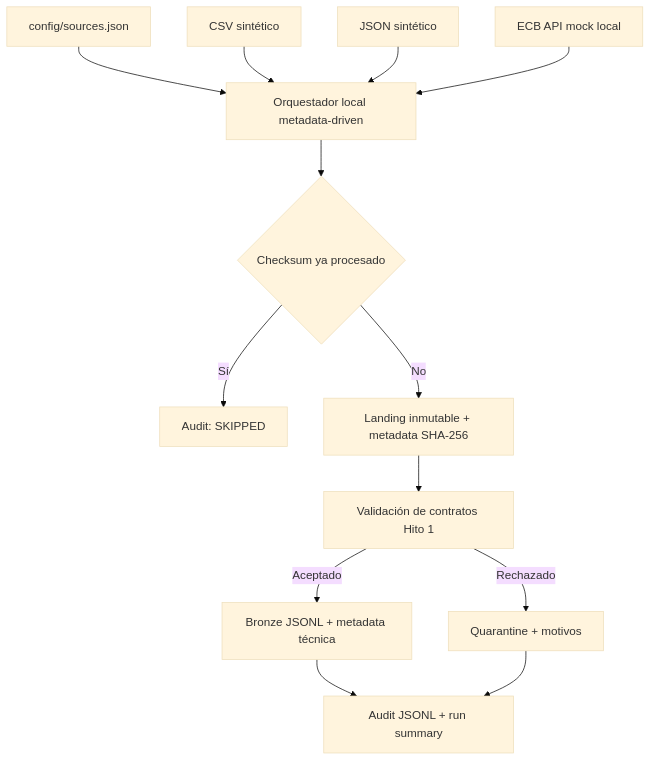
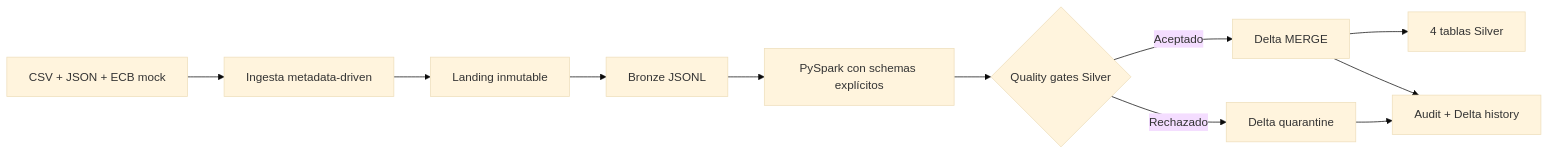
The first of 3 diagrams in 23-azure-adf-databricks-bank-fx/docs/architecture.md (franciscosalaspla/data-engineering-portfolio), drawn with Mermaid (base theme) before and after one commit. The commit also changed other lines of this file and 24 other files, not shown here.

Commit message:
feat(project-23): add PySpark Delta Silver pipeline

````diff
--- a/23-azure-adf-databricks-bank-fx/docs/architecture.md
+++ b/23-azure-adf-databricks-bank-fx/docs/architecture.md
@@ -11,15 +9,13 @@
 ```mermaid
-flowchart TD
-    M["config/sources.json"] --> O["Orquestador local metadata-driven"]
-    CSV["CSV sintético"] --> O
-    JSON["JSON sintético"] --> O
-    FX["ECB API mock local"] --> O
-    O --> C{"Checksum ya procesado"}
-    C -->|Sí| S["Audit: SKIPPED"]
-    C -->|No| L["Landing inmutable + metadata SHA-256"]
-    L --> V["Validación de contratos Hito 1"]
-    V -->|Aceptado| B["Bronze JSONL + metadata técnica"]
-    V -->|Rechazado| Q["Quarantine + motivos"]
-    B --> A["Audit JSONL + run summary"]
-    Q --> A
+flowchart LR
+    S["CSV + JSON + ECB mock"] --> I["Ingesta metadata-driven"]
+    I --> L["Landing inmutable"]
+    L --> B["Bronze JSONL"]
+    B --> P["PySpark con schemas explícitos"]
+    P --> Q{"Quality gates Silver"}
+    Q -->|Aceptado| M["Delta MERGE"]
+    Q -->|Rechazado| X["Delta quarantine"]
+    M --> C["4 tablas Silver"]
+    M --> A["Audit + Delta history"]
+    X --> A
 ```
````
